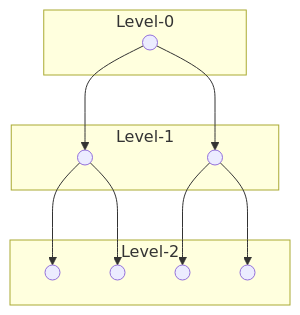
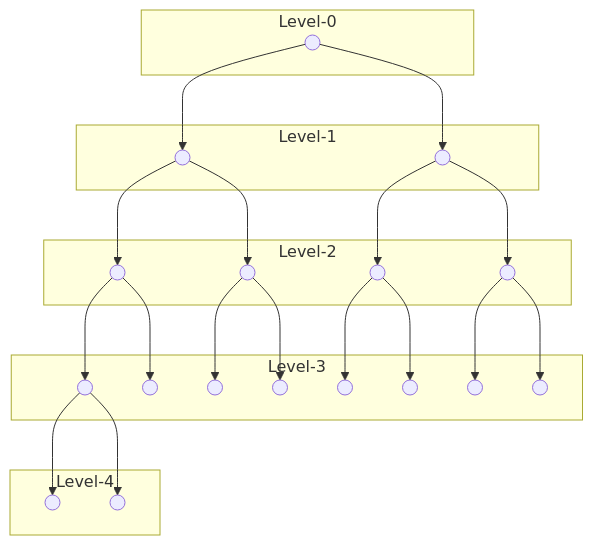
The second of 17 diagrams in lectures/lect-11-Heap.md (ruslylove/datastruct), drawn with Mermaid before and after one commit. The commit also changed other lines of this file and 1 other file, not shown here.

Commit message:
update diagram.

````diff
--- a/lectures/lect-11-Heap.md
+++ b/lectures/lect-11-Heap.md
@@ -110,16 +112,27 @@
-```mermaid {scale: 0.8}
+```mermaid 
 graph TD
     subgraph "Level-0"
         A(( ))
     end
     subgraph "Level-1"
         B(( )) & C(( ))
     end
     subgraph "Level-2"
         D(( )) & E(( )) & F(( )) & G(( ))
     end
+    subgraph "Level-3"
+        H(( )) & I(( )) & J(( )) & K(( )) & L(( )) & M(( )) & N(( )) & O(( ))
+    end
+    subgraph "Level-4"
+        P(( )) & Q(( ))
+    end
 
     A --> B & C 
     B --> D & E 
-    C --> F & G 
+    C --> F & G
+    D --> H & I
+    E --> J & K
+    F --> L & M
+    G --> N & O
+    H --> P & Q
 ```
````
